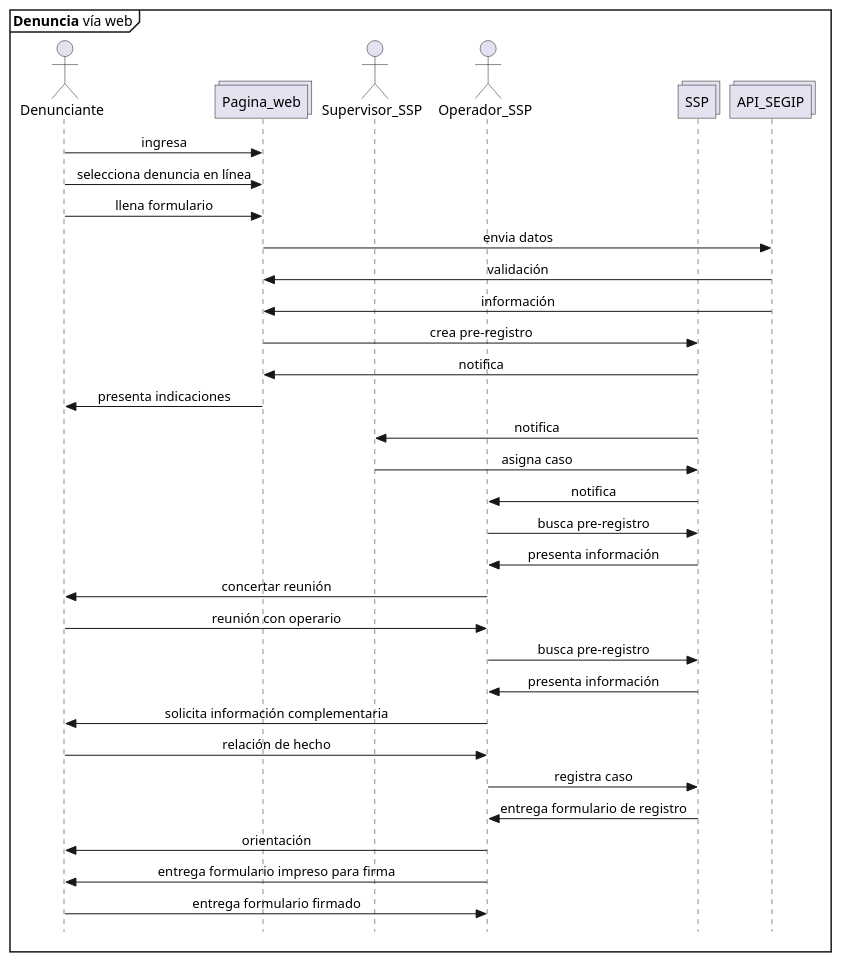
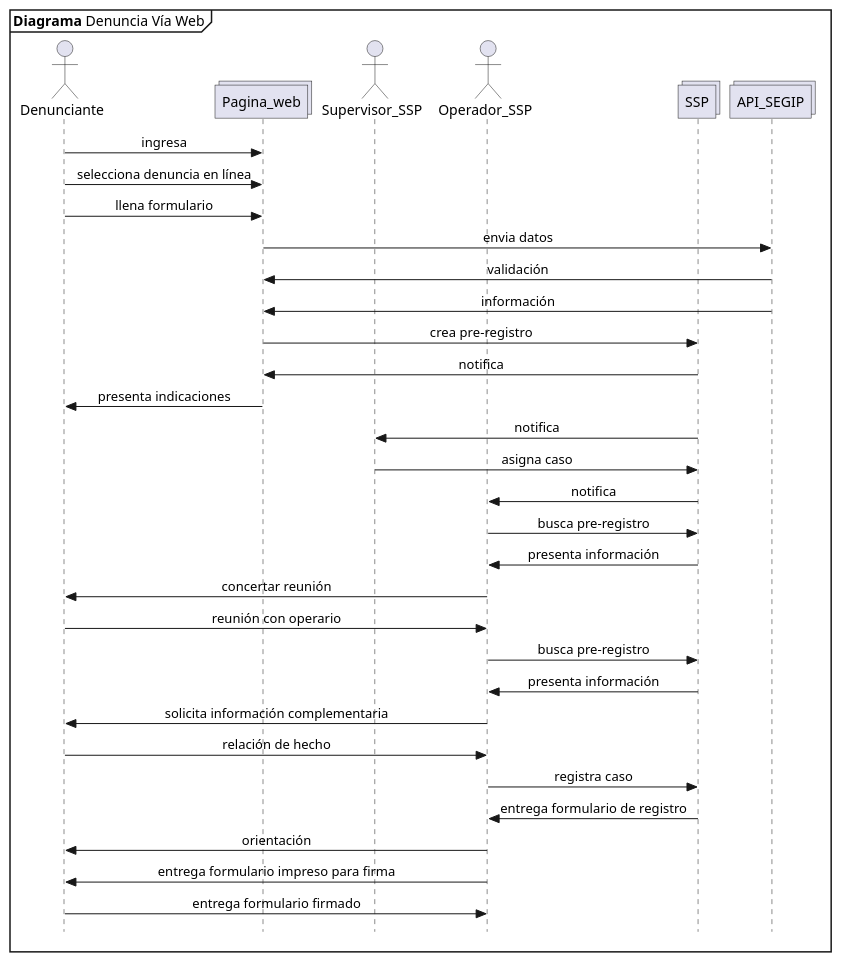
One commit to n1m0d0/defdiag changed the diagram in propuesta SSP/01 pre registro via web.plantuml. Above: the diagram before and after it, drawn with PlantUML. The commit also changed 4 other files, not shown here.

Commit message:
Nombres de los diagramas del 1 al 5

```diff
--- a/propuesta SSP/01 pre registro via web.plantuml
+++ b/propuesta SSP/01 pre registro via web.plantuml
@@ -1,40 +1,40 @@
 @startuml Denuncia_web
 skinparam Style strictuml
 skinparam SequenceMessageAlignment center
 
-mainframe **Denuncia** vía web
+mainframe **Diagrama** Denuncia Vía Web
 
 actor Denunciante as pre
 collections Pagina_web as web
 actor Supervisor_SSP as supssp
 actor Operador_SSP as opssp
 collections SSP 
 collections API_SEGIP as segip
 
 pre -> web : ingresa
 pre -> web : selecciona denuncia en línea
 pre -> web : llena formulario
 web -> segip : envia datos
 segip -> web : validación 
 segip -> web: información
 web->SSP : crea pre-registro
 SSP->web : notifica
 web->pre : presenta indicaciones
 SSP->supssp : notifica
 supssp-> SSP : asigna caso
 SSP->opssp : notifica
 opssp->SSP : busca pre-registro
 SSP->opssp : presenta información
 opssp->pre : concertar reunión
 pre->opssp: reunión con operario
 opssp->SSP : busca pre-registro
 SSP->opssp : presenta información
 opssp -> pre : solicita información complementaria
 pre->opssp : relación de hecho
 opssp->SSP : registra caso
 SSP->opssp : entrega formulario de registro
 opssp->pre : orientación
 opssp->pre : entrega formulario impreso para firma
 pre->opssp : entrega formulario firmado
 
 @enduml
```
